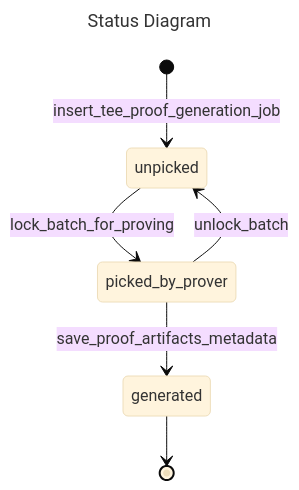
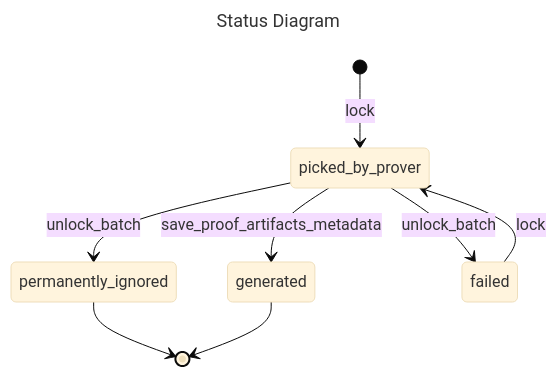
Before and after one commit to matter-labs/zksync-era: the diagram in core/lib/dal/doc/TeeProofGenerationDal.md, drawn with Mermaid (base theme). The commit also changed 11 other files, not shown here.

````diff
--- a/core/lib/dal/doc/TeeProofGenerationDal.md
+++ b/core/lib/dal/doc/TeeProofGenerationDal.md
@@ -9,11 +9,13 @@
 ```mermaid
 ---
 title: Status Diagram
 ---
 stateDiagram-v2
-[*] --> unpicked : insert_tee_proof_generation_job
-unpicked --> picked_by_prover : lock_batch_for_proving
+[*] --> picked_by_prover : lock
 picked_by_prover --> generated : save_proof_artifacts_metadata
-picked_by_prover --> unpicked : unlock_batch
+picked_by_prover --> permanently_ignored : unlock_batch
+picked_by_prover --> failed : unlock_batch
+failed --> picked_by_prover : lock
+permanently_ignored --> [*]
 generated --> [*]
 ```
````
